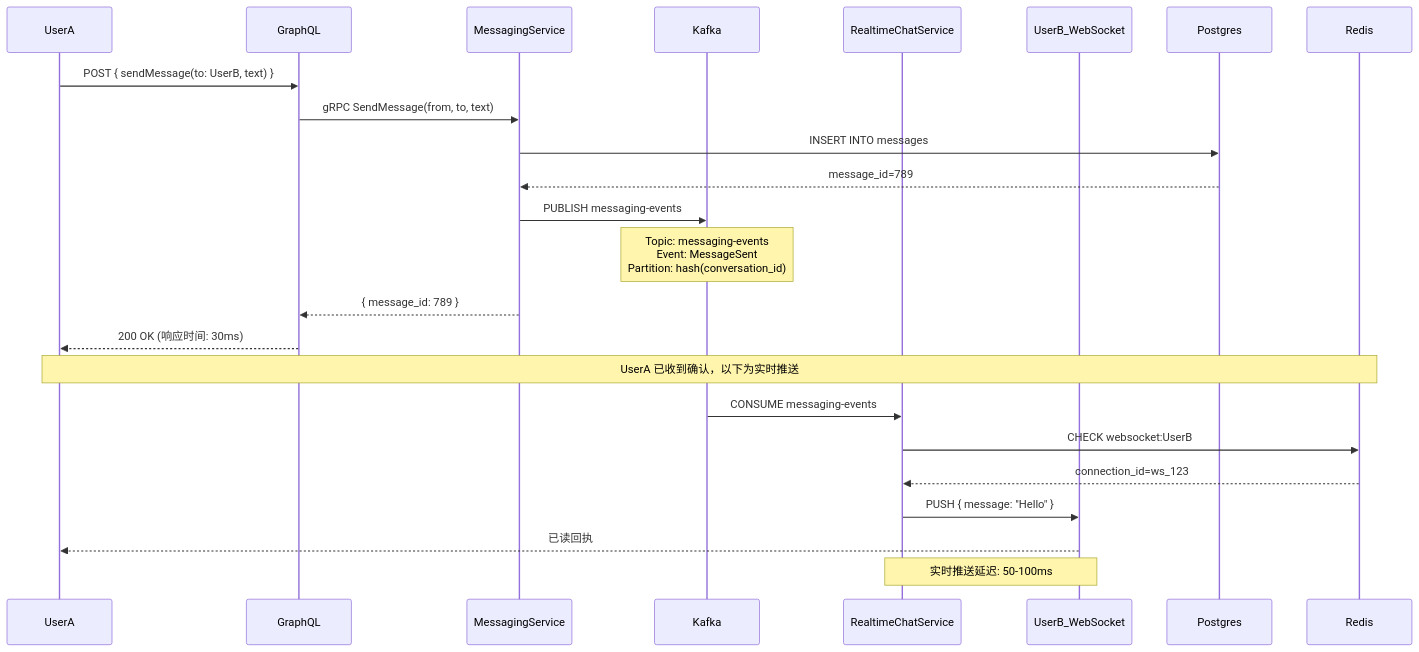
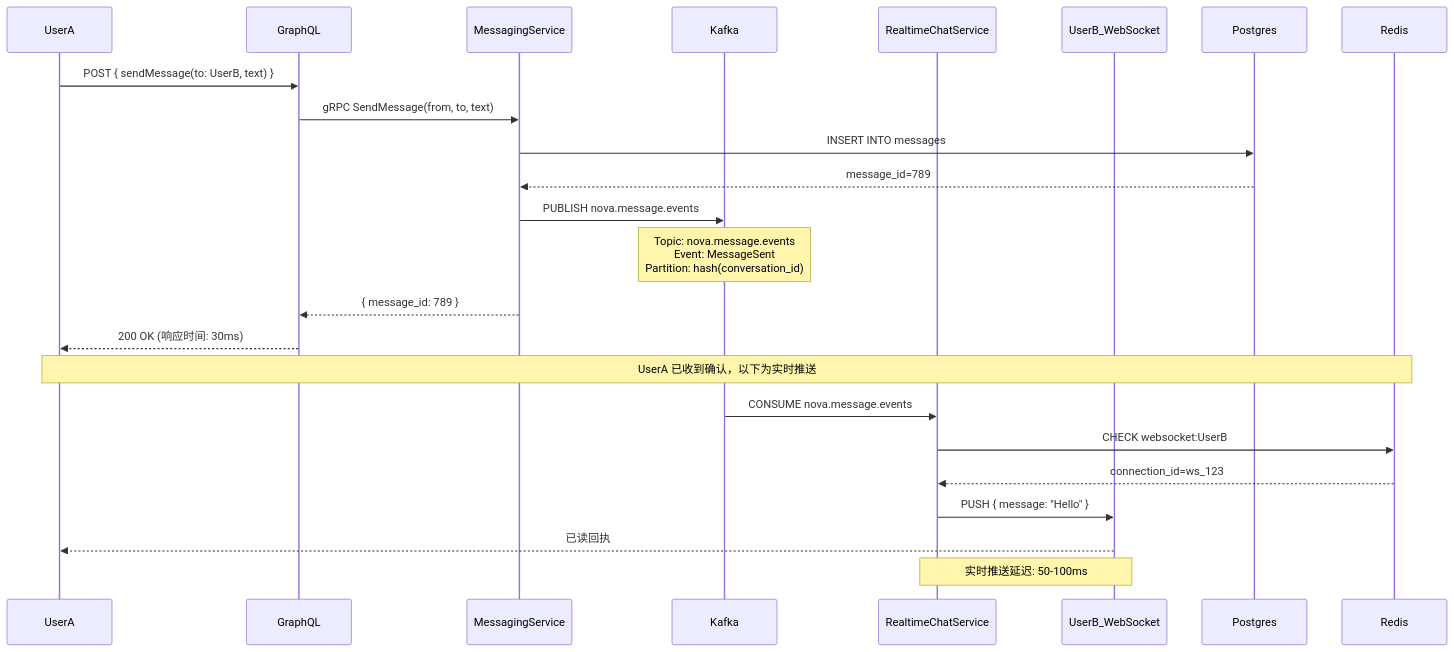
One commit to proerror77/Nova changed the third of 3 diagrams in docs/analysis/ARCHITECTURE_BENEFITS_AND_FLOWS.md. Above: the diagram before and after it, drawn with Mermaid. The commit also changed other lines of this file and 22 other files, not shown here.

````diff
--- a/docs/analysis/ARCHITECTURE_BENEFITS_AND_FLOWS.md
+++ b/docs/analysis/ARCHITECTURE_BENEFITS_AND_FLOWS.md
@@ -252,34 +252,34 @@
 ```mermaid
 sequenceDiagram
     participant UserA
     participant GraphQL
     participant MessagingService
     participant Kafka
     participant RealtimeChatService
     participant UserB_WebSocket
     participant Postgres
     participant Redis
 
     UserA->>GraphQL: POST { sendMessage(to: UserB, text) }
     GraphQL->>MessagingService: gRPC SendMessage(from, to, text)
 
     MessagingService->>Postgres: INSERT INTO messages
     Postgres-->>MessagingService: message_id=789
 
-    MessagingService->>Kafka: PUBLISH messaging-events
-    Note over Kafka: Topic: messaging-events<br/>Event: MessageSent<br/>Partition: hash(conversation_id)
+    MessagingService->>Kafka: PUBLISH nova.message.events
+    Note over Kafka: Topic: nova.message.events<br/>Event: MessageSent<br/>Partition: hash(conversation_id)
 
     MessagingService-->>GraphQL: { message_id: 789 }
     GraphQL-->>UserA: 200 OK (响应时间: 30ms)
 
     Note over UserA,Redis: UserA 已收到确认，以下为实时推送
 
-    Kafka->>RealtimeChatService: CONSUME messaging-events
+    Kafka->>RealtimeChatService: CONSUME nova.message.events
     RealtimeChatService->>Redis: CHECK websocket:UserB
     Redis-->>RealtimeChatService: connection_id=ws_123
 
     RealtimeChatService->>UserB_WebSocket: PUSH { message: "Hello" }
     UserB_WebSocket-->>UserA: 已读回执
 
     Note over RealtimeChatService,UserB_WebSocket: 实时推送延迟: 50-100ms
 ```
````
